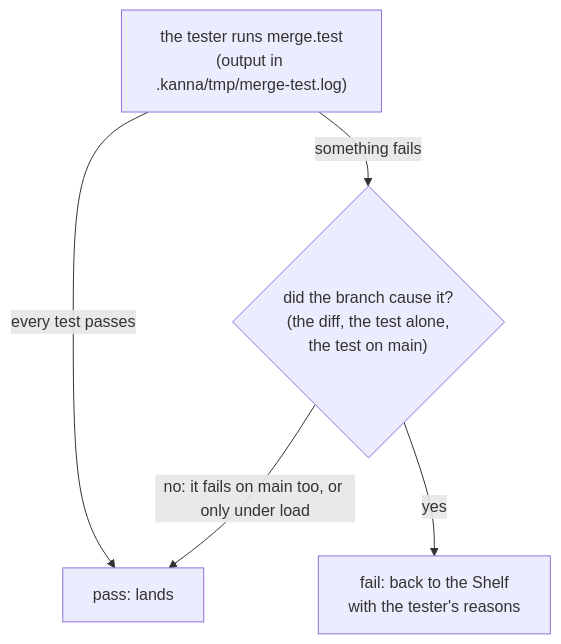
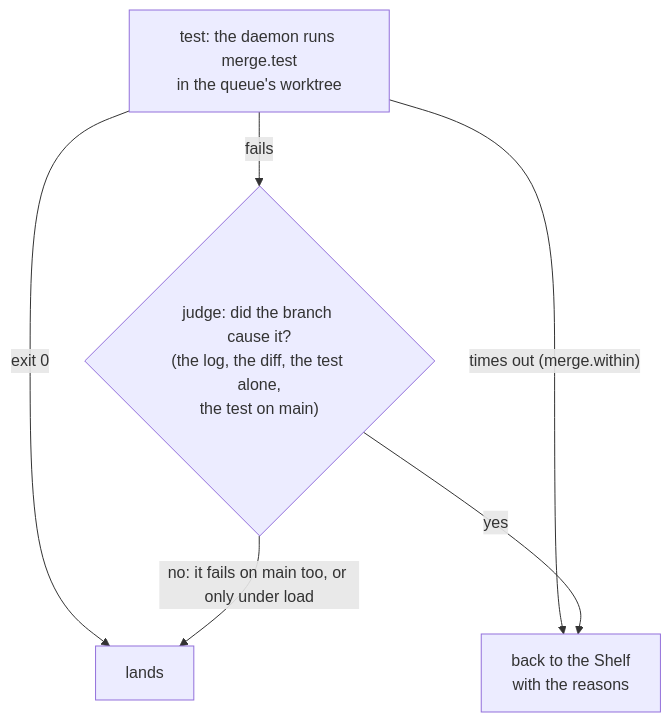
The fourth of 5 diagrams in docs/specs/merge-queue.md (tampopogk/kanna), drawn with Mermaid before and after one commit. The commit also changed other lines of this file and 16 other files, not shown here.

Commit message:
Merge queue specs: the daemon runs the tests and a judge decides only a failure (merge-queue.md), run commands get their own spec (run-commands.md), the tab shows judging and needs-you entries; mockup and pictures follow

````diff
--- a/docs/specs/merge-queue.md
+++ b/docs/specs/merge-queue.md
@@ -124,7 +131,8 @@
 ```mermaid
 flowchart TD
-    T["the tester runs merge.test<br/>(output in .kanna/tmp/merge-test.log)"] -->|"every test passes"| P["pass: lands"]
-    T -->|"something fails"| J{"did the branch cause it?<br/>(the diff, the test alone,<br/>the test on main)"}
+    T["test: the daemon runs merge.test<br/>in the queue's worktree"] -->|"exit 0"| P["lands"]
+    T -->|"times out (merge.within)"| F
+    T -->|"fails"| J{"judge: did the branch cause it?<br/>(the log, the diff, the test alone,<br/>the test on main)"}
     J -->|"no: it fails on main too, or only under load"| P
-    J -->|"yes"| F["fail: back to the Shelf<br/>with the tester's reasons"]
+    J -->|"yes"| F["back to the Shelf<br/>with the reasons"]
 ```
````
